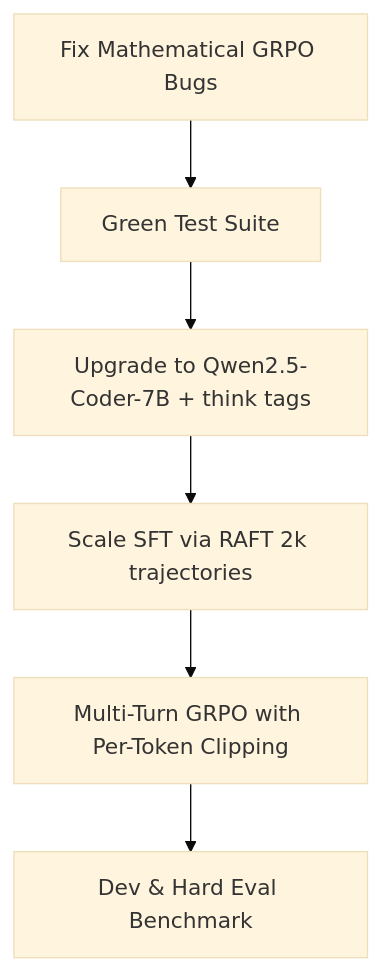
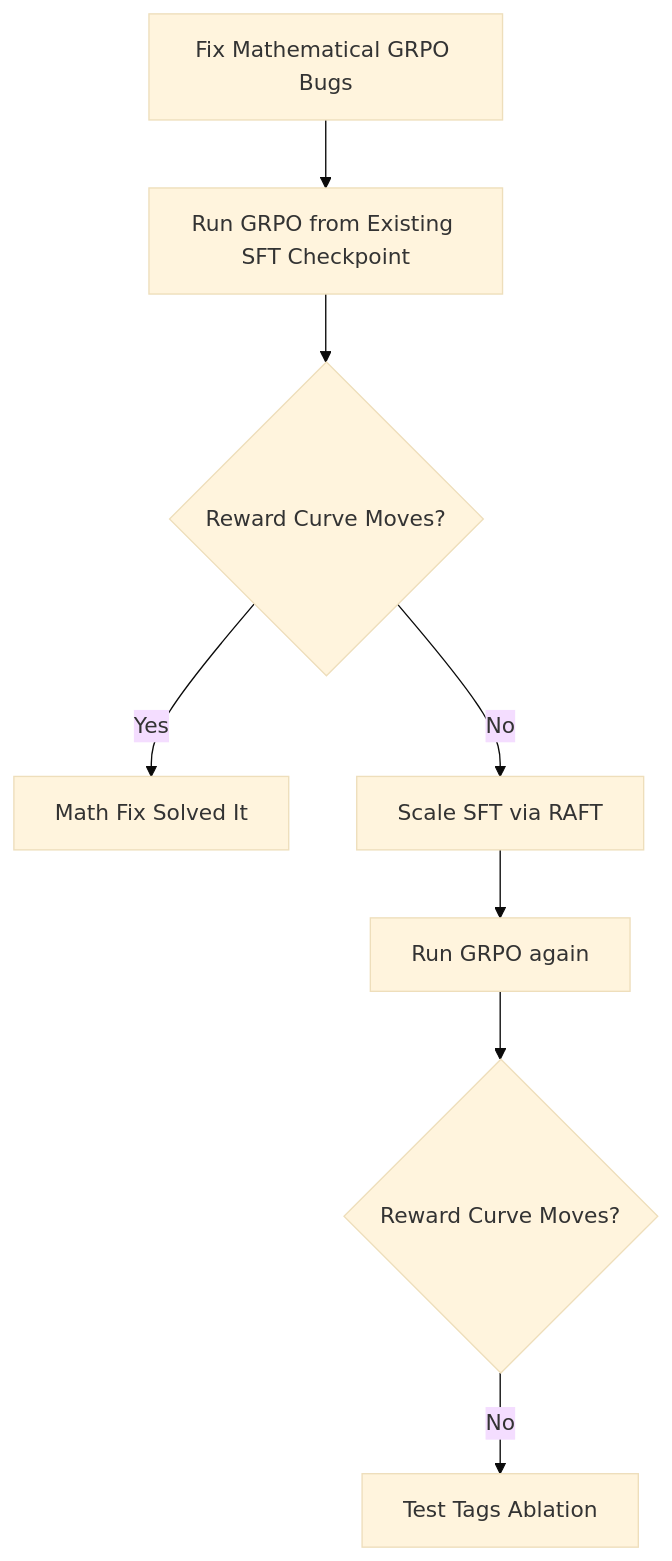
Before and after one commit to Jasonlingg/DocTracerRL: the diagram in docs/QWEN_TRAINING_RESEARCH_AND_IMPROVEMENTS.md, drawn with Mermaid (base theme). The commit also changed other lines of this file and 6 other files, not shown here.

````diff
--- a/docs/QWEN_TRAINING_RESEARCH_AND_IMPROVEMENTS.md
+++ b/docs/QWEN_TRAINING_RESEARCH_AND_IMPROVEMENTS.md
@@ -80,8 +142,10 @@
 ```mermaid
 graph TD
-    A[Fix Mathematical GRPO Bugs] --> B[Green Test Suite]
-    B --> C[Upgrade to Qwen2.5-Coder-7B + think tags]
-    C --> D[Scale SFT via RAFT 2k trajectories]
-    D --> E[Multi-Turn GRPO with Per-Token Clipping]
-    E --> F[Dev & Hard Eval Benchmark]
+    A[Fix Mathematical GRPO Bugs] --> B[Run GRPO from Existing SFT Checkpoint]
+    B --> C{Reward Curve Moves?}
+    C -->|Yes| D[Math Fix Solved It]
+    C -->|No| E[Scale SFT via RAFT]
+    E --> F[Run GRPO again]
+    F --> G{Reward Curve Moves?}
+    G -->|No| H[Test <think> Tags Ablation]
 ```
````
